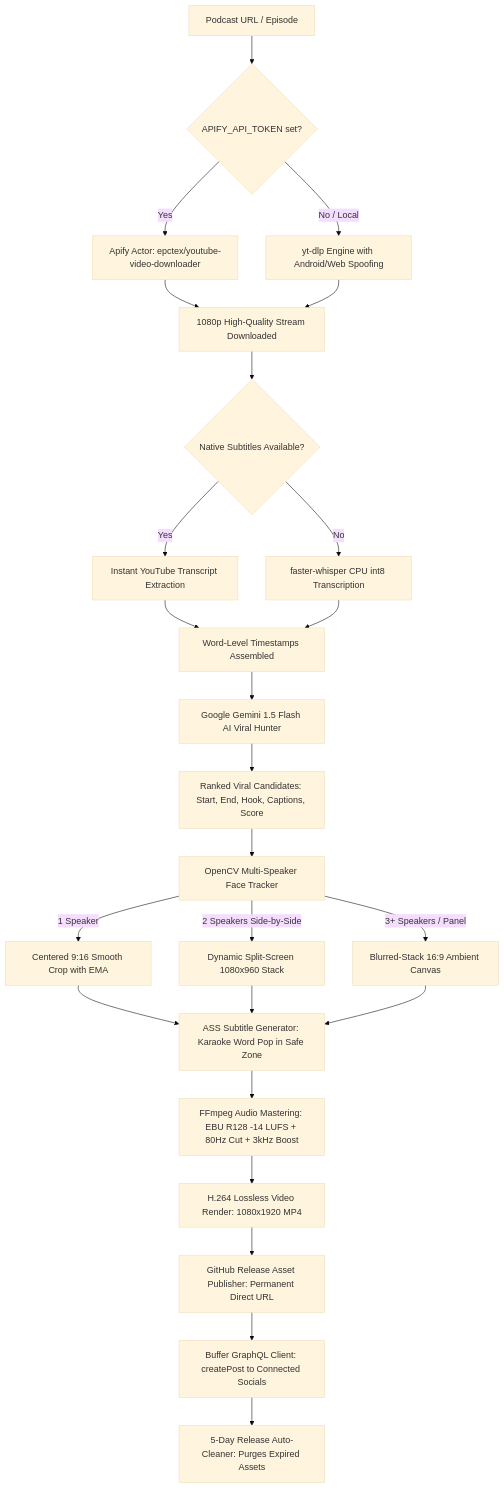
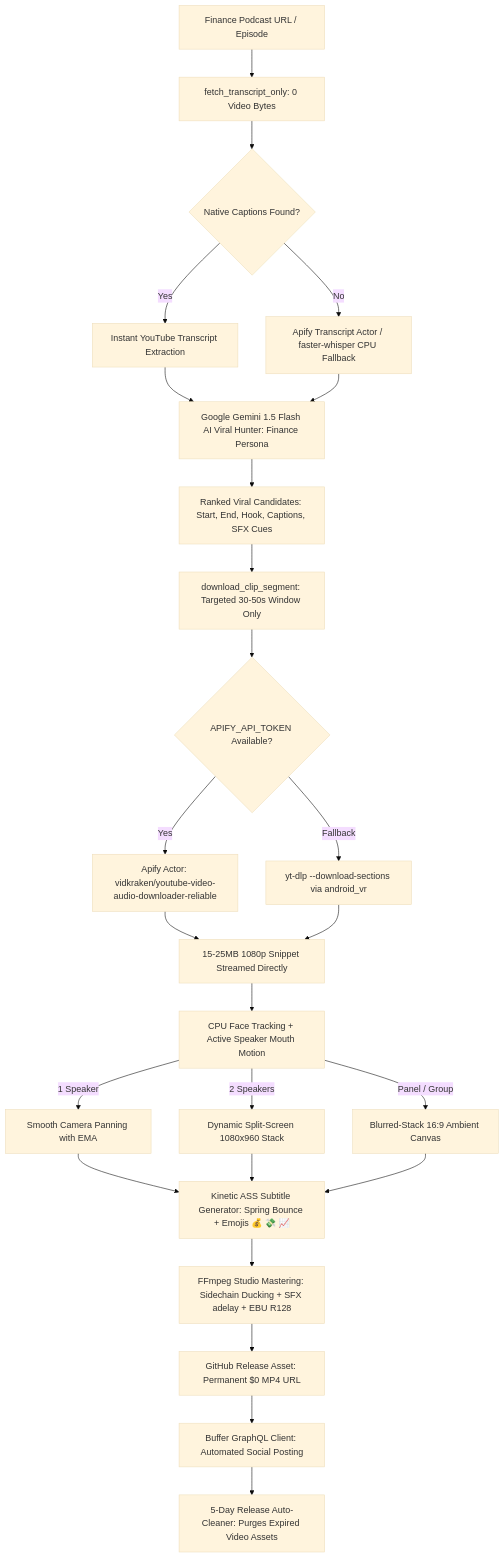
Before and after one commit to JackPro2121/podcasts-clips-to-social: the diagram in ARCHITECTURE_AND_METHODOLOGY.md, drawn with Mermaid (base theme). The commit also changed other lines of this file and 4 other files, not shown here.

Commit message:
docs: update README, architecture, guides, and agents docs with studio video editing, sidechain ducking, and locked finance niche

````diff
--- a/ARCHITECTURE_AND_METHODOLOGY.md
+++ b/ARCHITECTURE_AND_METHODOLOGY.md
@@ -9,33 +9,32 @@
 ```mermaid
 flowchart TD
-    A[Podcast URL / Episode] --> B{APIFY_API_TOKEN set?}
-    B -->|Yes| C[Apify Actor: epctex/youtube-video-downloader]
-    B -->|No / Local| D[yt-dlp Engine with Android/Web Spoofing]
-    C --> E[1080p High-Quality Stream Downloaded]
-    D --> E
+    A[Finance Podcast URL / Episode] --> B[fetch_transcript_only: 0 Video Bytes]
+    B --> C{Native Captions Found?}
+    C -->|Yes| D[Instant YouTube Transcript Extraction]
+    C -->|No| E[Apify Transcript Actor / faster-whisper CPU Fallback]
+    D --> F[Google Gemini 1.5 Flash AI Viral Hunter: Finance Persona]
+    E --> F
 
-    E --> F{Native Subtitles Available?}
-    F -->|Yes| G[Instant YouTube Transcript Extraction]
-    F -->|No| H[faster-whisper CPU int8 Transcription]
-    G --> I[Word-Level Timestamps Assembled]
-    H --> I
+    F --> G[Ranked Viral Candidates: Start, End, Hook, Captions, SFX Cues]
+    G --> H[download_clip_segment: Targeted 30-50s Window Only]
+    
+    H --> I{APIFY_API_TOKEN Available?}
+    I -->|Yes| J[Apify Actor: vidkraken/youtube-video-audio-downloader-reliable]
+    I -->|Fallback| K[yt-dlp --download-sections via android_vr]
+    J --> L[15-25MB 1080p Snippet Streamed Directly]
+    K --> L
 
-    I --> J[Google Gemini 1.5 Flash AI Viral Hunter]
-    J --> K[Ranked Viral Candidates: Start, End, Hook, Captions, Score]
+    L --> M[CPU Face Tracking + Active Speaker Mouth Motion]
+    M -->|1 Speaker| N[Smooth Camera Panning with EMA]
+    M -->|2 Speakers| O[Dynamic Split-Screen 1080x960 Stack]
+    M -->|Panel / Group| P[Blurred-Stack 16:9 Ambient Canvas]
 
-    K --> L[OpenCV Multi-Speaker Face Tracker]
-    L -->|1 Speaker| M[Centered 9:16 Smooth Crop with EMA]
-    L -->|2 Speakers Side-by-Side| N[Dynamic Split-Screen 1080x960 Stack]
-    L -->|3+ Speakers / Panel| O[Blurred-Stack 16:9 Ambient Canvas]
+    N --> Q[Kinetic ASS Subtitle Generator: Spring Bounce + Emojis 💰 💸 📈]
+    O --> Q
+    P --> Q
 
-    M --> P[ASS Subtitle Generator: Karaoke Word Pop in Safe Zone]
-    N --> P
-    O --> P
-
-    P --> Q[FFmpeg Audio Mastering: EBU R128 -14 LUFS + 80Hz Cut + 3kHz Boost]
-    Q --> R[H.264 Lossless Video Render: 1080x1920 MP4]
-
-    R --> S[GitHub Release Asset Publisher: Permanent Direct URL]
-    S --> T[Buffer GraphQL Client: createPost to Connected Socials]
-    T --> U[5-Day Release Auto-Cleaner: Purges Expired Assets]
+    Q --> R[FFmpeg Studio Mastering: Sidechain Ducking + SFX adelay + EBU R128]
+    R --> S[GitHub Release Asset: Permanent $0 MP4 URL]
+    S --> T[Buffer GraphQL Client: Automated Social Posting]
+    T --> U[5-Day Release Auto-Cleaner: Purges Expired Video Assets]
 ```
````
